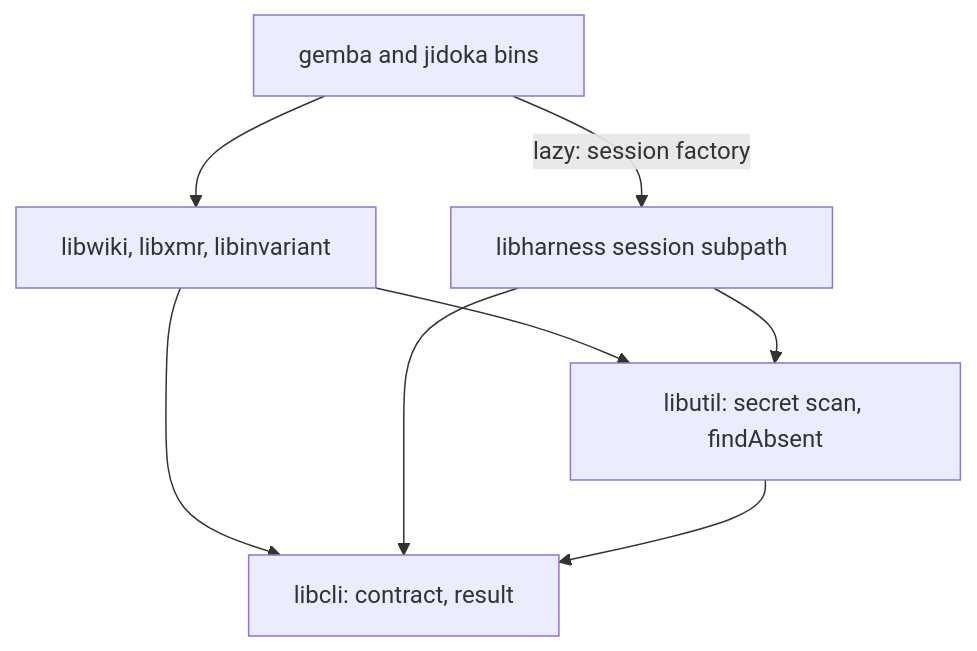
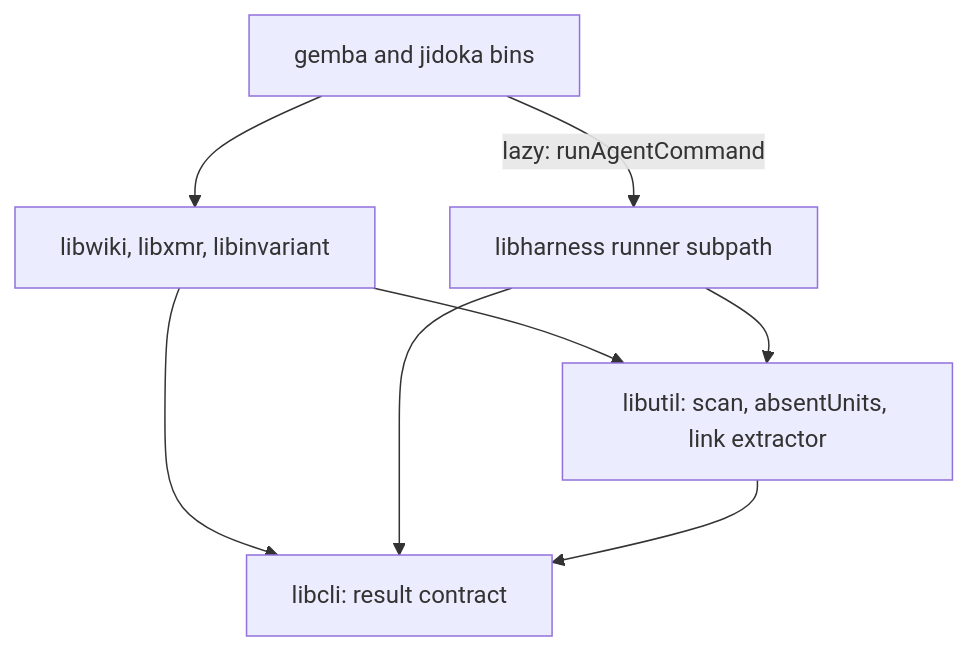
One commit to forwardimpact/monorepo changed the first of 2 diagrams in specs/2410-agent-backed-commands/design-a.md. Above: the diagram before and after it, drawn with Mermaid. The commit also changed other lines of this file and 1 other file, not shown here.

````diff
--- a/specs/2410-agent-backed-commands/design-a.md
+++ b/specs/2410-agent-backed-commands/design-a.md
@@ -28,10 +27,10 @@
 ```mermaid
 graph TD
-    B["gemba and jidoka bins"] -->|"lazy: session factory"| H["libharness session subpath"]
+    B["gemba and jidoka bins"] -->|"lazy: runAgentCommand"| H["libharness runner subpath"]
     B --> D["libwiki, libxmr, libinvariant"]
-    D --> C["libcli: contract, result"]
-    D --> U["libutil: secret scan, findAbsent"]
+    D --> C["libcli: result contract"]
+    D --> U["libutil: scan, absentUnits, link extractor"]
     H --> C
     H --> U
     U --> C
 ```
````
